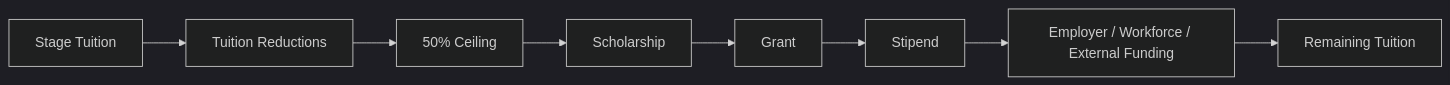
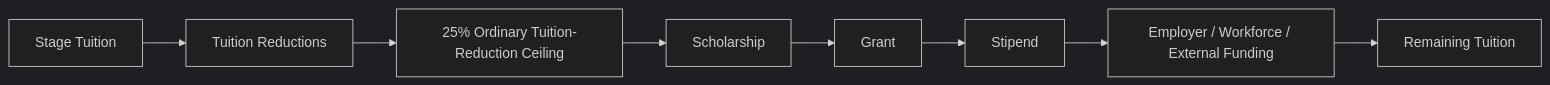
One commit to RIAHPathway/Website changed the sixth of 22 diagrams in RIAH-Pathway-Pricing-Engine.md. Above: the diagram before and after it, drawn with Mermaid (dark theme). The commit also changed other lines of this file and 9 other files, not shown here.

````diff
--- a/RIAH-Pathway-Pricing-Engine.md
+++ b/RIAH-Pathway-Pricing-Engine.md
@@ -1556,4 +1554,4 @@
 ```mermaid
 flowchart LR
-A["Stage Tuition"] --> B["Tuition Reductions"] --> C["50% Ceiling"] --> D["Scholarship"] --> E["Grant"] --> F["Stipend"] --> G["Employer / Workforce / External Funding"] --> H["Remaining Tuition"]
+A["Stage Tuition"] --> B["Tuition Reductions"] --> C["25% Ordinary Tuition-Reduction Ceiling"] --> D["Scholarship"] --> E["Grant"] --> F["Stipend"] --> G["Employer / Workforce / External Funding"] --> H["Remaining Tuition"]
 ```
````
